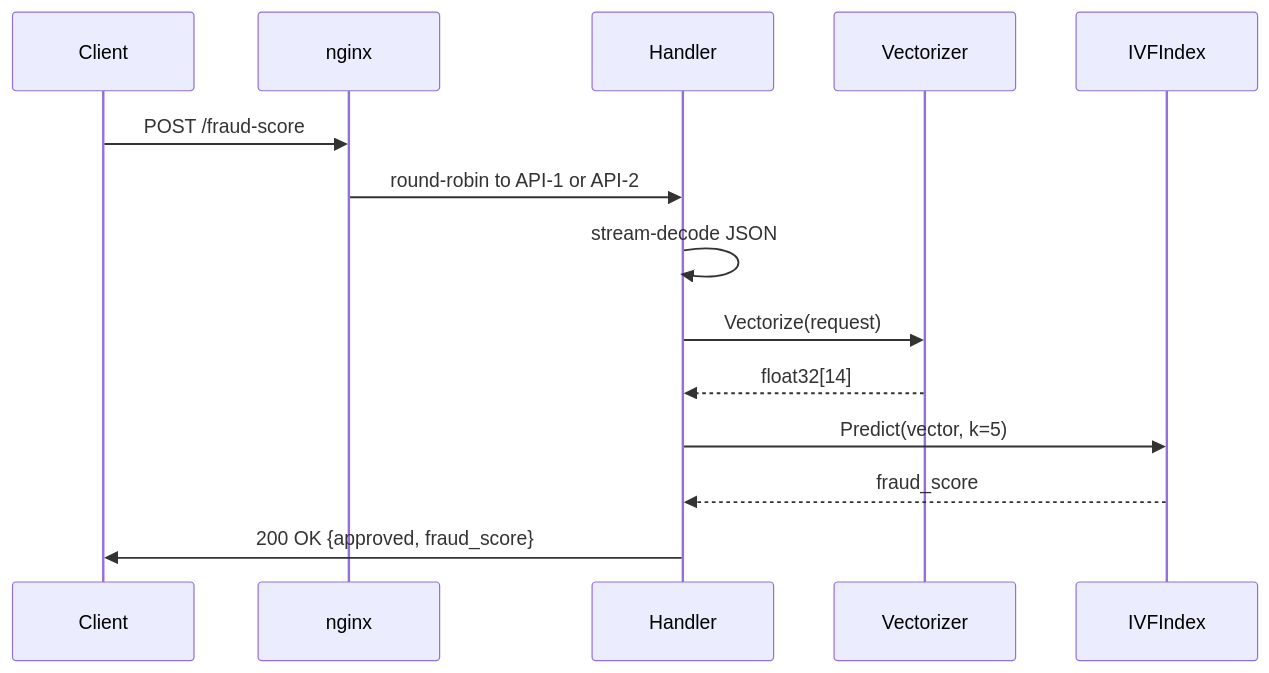
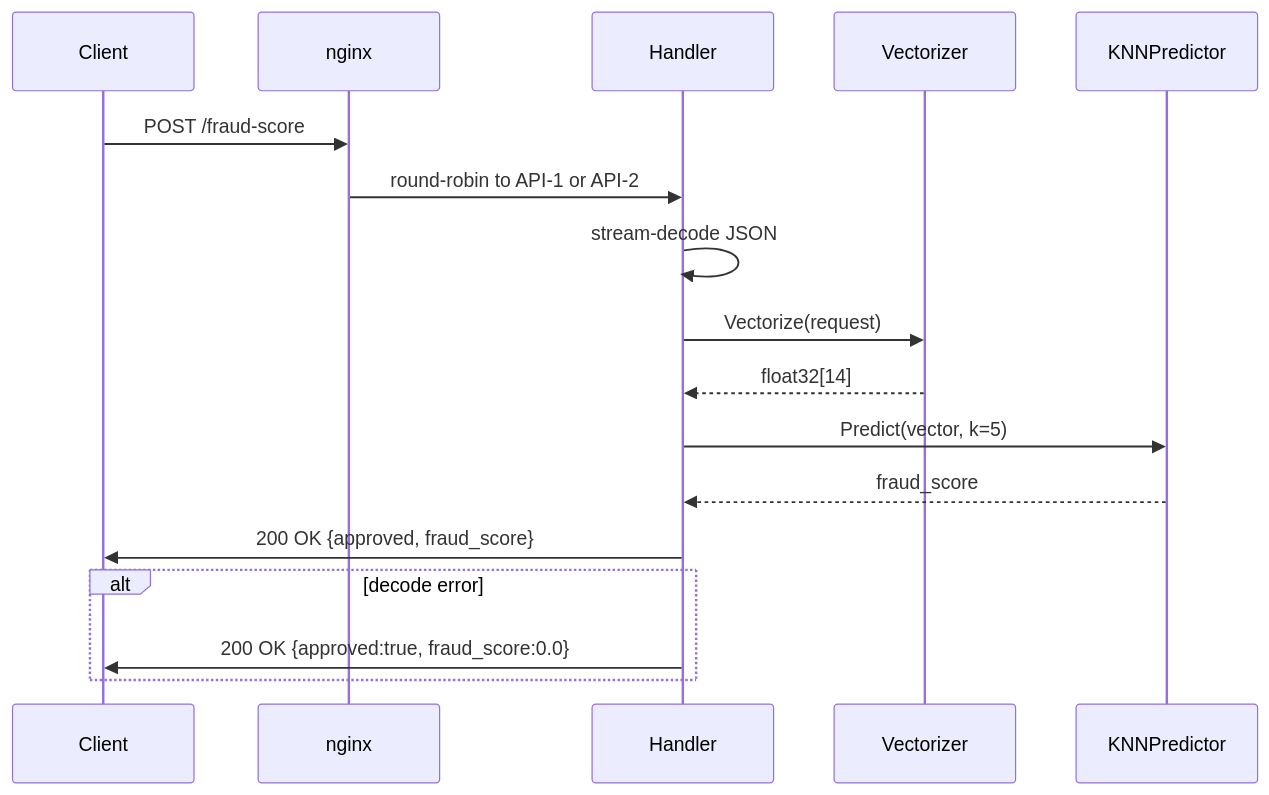
The first of 3 diagrams in docs/ARCHITECTURE.md (fabianoflorentino/fraudctl), drawn with Mermaid before and after one commit. The commit also changed other lines of this file and 4 other files, not shown here.

````diff
--- a/docs/ARCHITECTURE.md
+++ b/docs/ARCHITECTURE.md
@@ -5,17 +5,21 @@
 ```mermaid
 sequenceDiagram
     participant C as Client
     participant N as nginx
     participant H as Handler
     participant V as Vectorizer
-    participant K as IVFIndex
+    participant K as KNNPredictor
 
     C->>N: POST /fraud-score
     N->>H: round-robin to API-1 or API-2
     H->>H: stream-decode JSON
     H->>V: Vectorize(request)
     V-->>H: float32[14]
     H->>K: Predict(vector, k=5)
     K-->>H: fraud_score
     H->>C: 200 OK {approved, fraud_score}
+
+    alt decode error
+        H->>C: 200 OK {approved:true, fraud_score:0.0}
+    end
 ```
````
